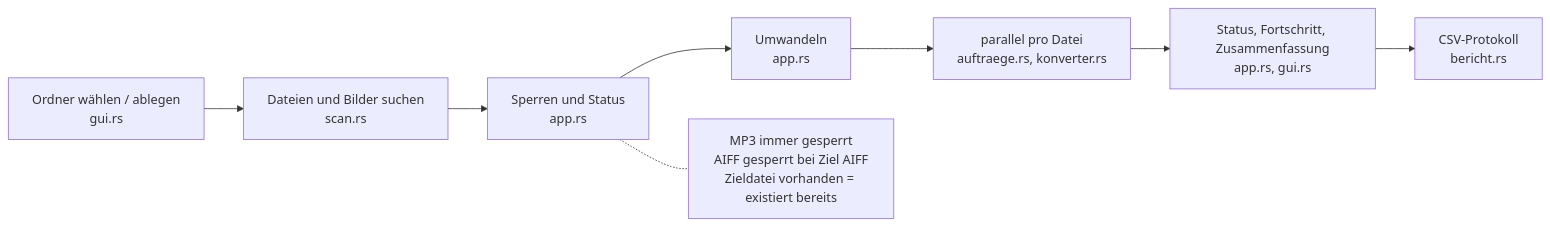
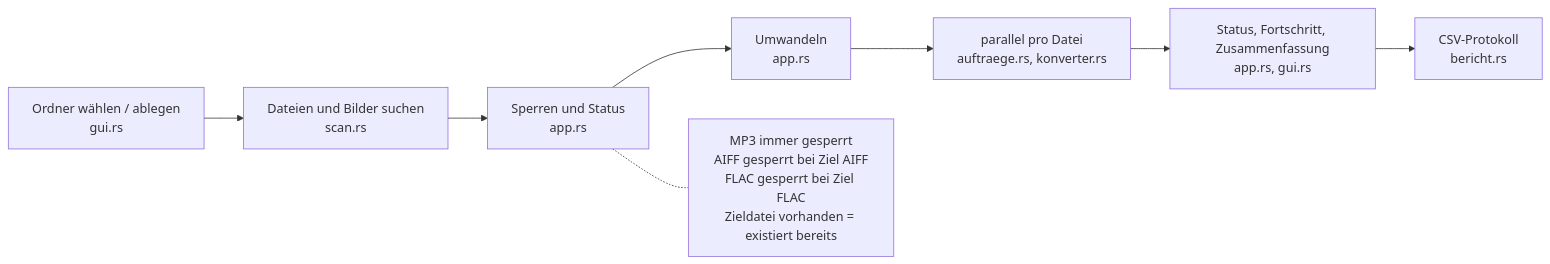
The diagram in wiki/diagramme/ablauf.md (Senci/audio-konverter), drawn with Mermaid before and after one commit. The commit also changed 24 other files, not shown here.

````diff
--- a/wiki/diagramme/ablauf.md
+++ b/wiki/diagramme/ablauf.md
@@ -3,10 +3,10 @@
 ```mermaid
 flowchart LR
     A["Ordner wählen / ablegen<br/>gui.rs"] --> B["Dateien und Bilder suchen<br/>scan.rs"]
     B --> C["Sperren und Status<br/>app.rs"]
     C --> D["Umwandeln<br/>app.rs"]
     D --> E["parallel pro Datei<br/>auftraege.rs, konverter.rs"]
     E --> F["Status, Fortschritt, Zusammenfassung<br/>app.rs, gui.rs"]
     F --> G["CSV-Protokoll<br/>bericht.rs"]
-    C -.- N["MP3 immer gesperrt<br/>AIFF gesperrt bei Ziel AIFF<br/>Zieldatei vorhanden = existiert bereits"]
+    C -.- N["MP3 immer gesperrt<br/>AIFF gesperrt bei Ziel AIFF<br/>FLAC gesperrt bei Ziel FLAC<br/>Zieldatei vorhanden = existiert bereits"]
 ```
````
